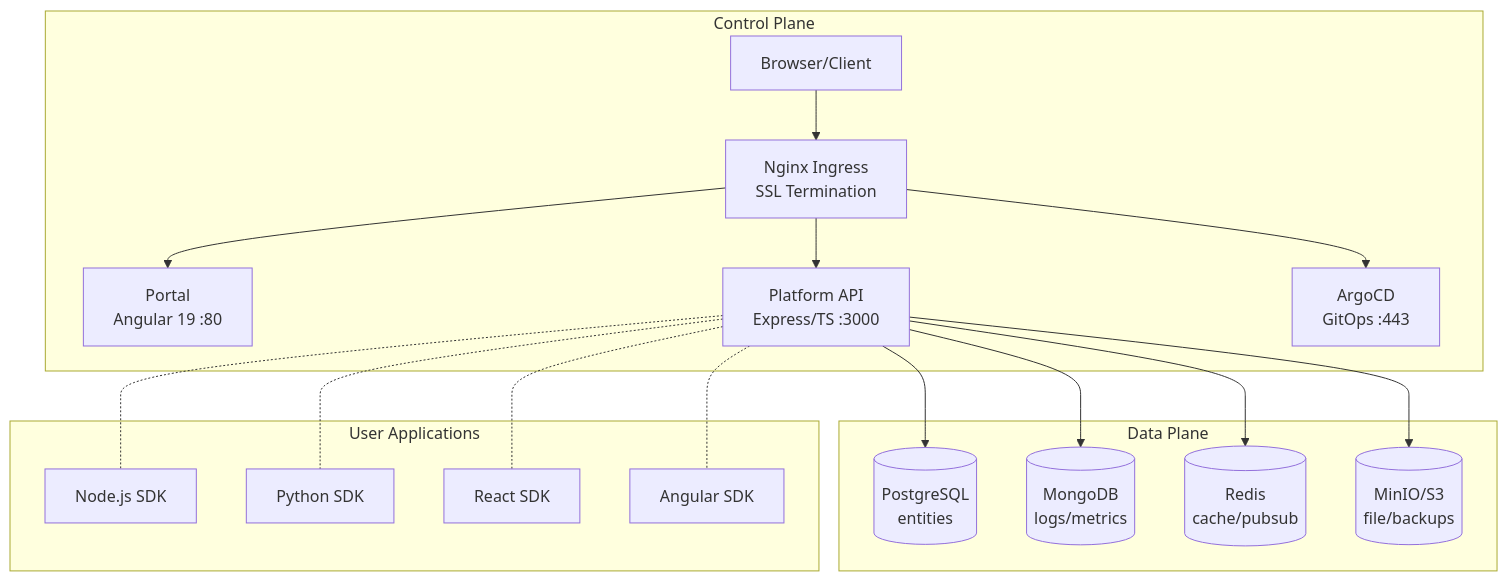
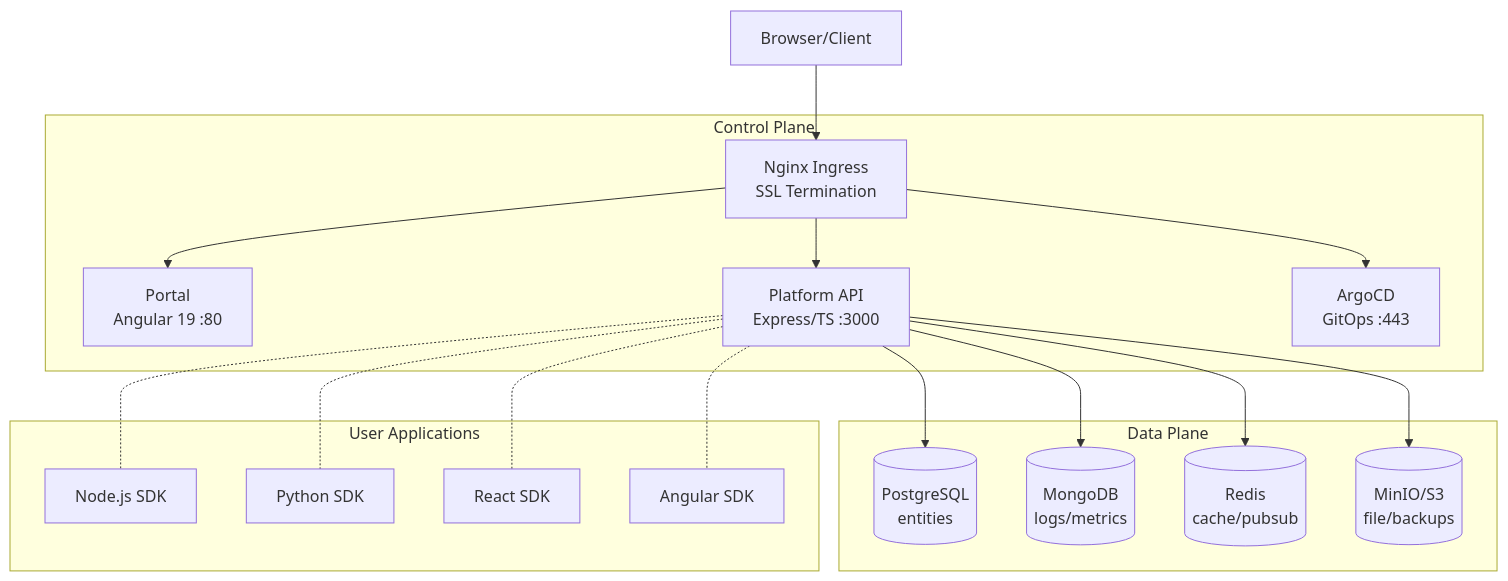
The first of 4 diagrams in platform/portal/public/docs/architecture/overview.md (Mpratyush54/server-automation), drawn with Mermaid before and after one commit. The commit also changed 35 other files, not shown here.

````diff
--- a/platform/portal/public/docs/architecture/overview.md
+++ b/platform/portal/public/docs/architecture/overview.md
@@ -5,34 +5,34 @@
 ```mermaid
 graph TB
+    Browser["Browser/Client"]
     subgraph ControlPlane["Control Plane"]
-        Browser["Browser/Client"]
         Ingress["Nginx Ingress<br/>SSL Termination"]
         Portal["Portal<br/>Angular 19 :80"]
         API["Platform API<br/>Express/TS :3000"]
         ArgoCD["ArgoCD<br/>GitOps :443"]
     end
     subgraph DataPlane["Data Plane"]
         PG[("PostgreSQL<br/>entities")]
         Mongo[("MongoDB<br/>logs/metrics")]
         Redis[("Redis<br/>cache/pubsub")]
         MinIO[("MinIO/S3<br/>file/backups")]
     end
     subgraph UserApps["User Applications"]
         NodeSDK["Node.js SDK"]
         PySDK["Python SDK"]
         ReactSDK["React SDK"]
         AngularSDK["Angular SDK"]
     end
     Browser --> Ingress
     Ingress --> Portal
     Ingress --> API
     Ingress --> ArgoCD
     API --> PG
     API --> Mongo
     API --> Redis
     API --> MinIO
     API -.- NodeSDK
     API -.- PySDK
     API -.- ReactSDK
     API -.- AngularSDK
 ```
````
